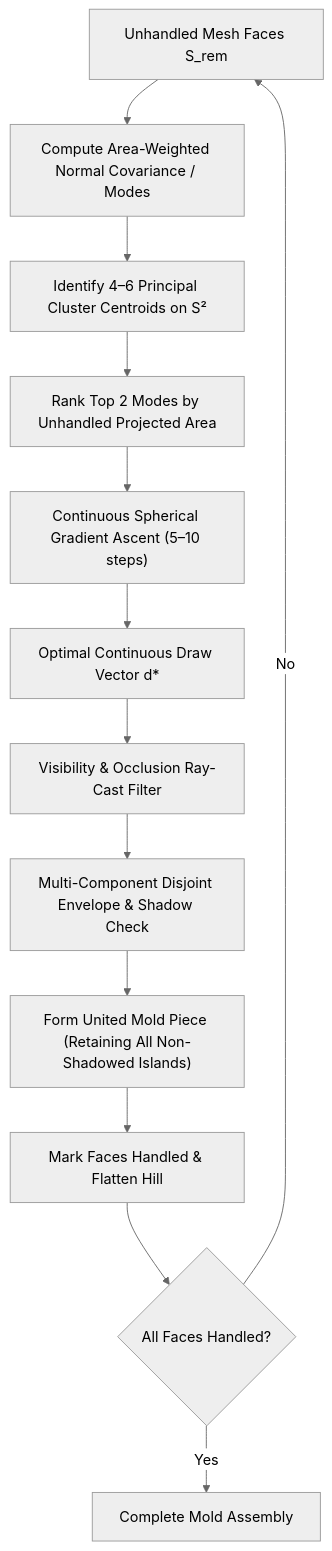
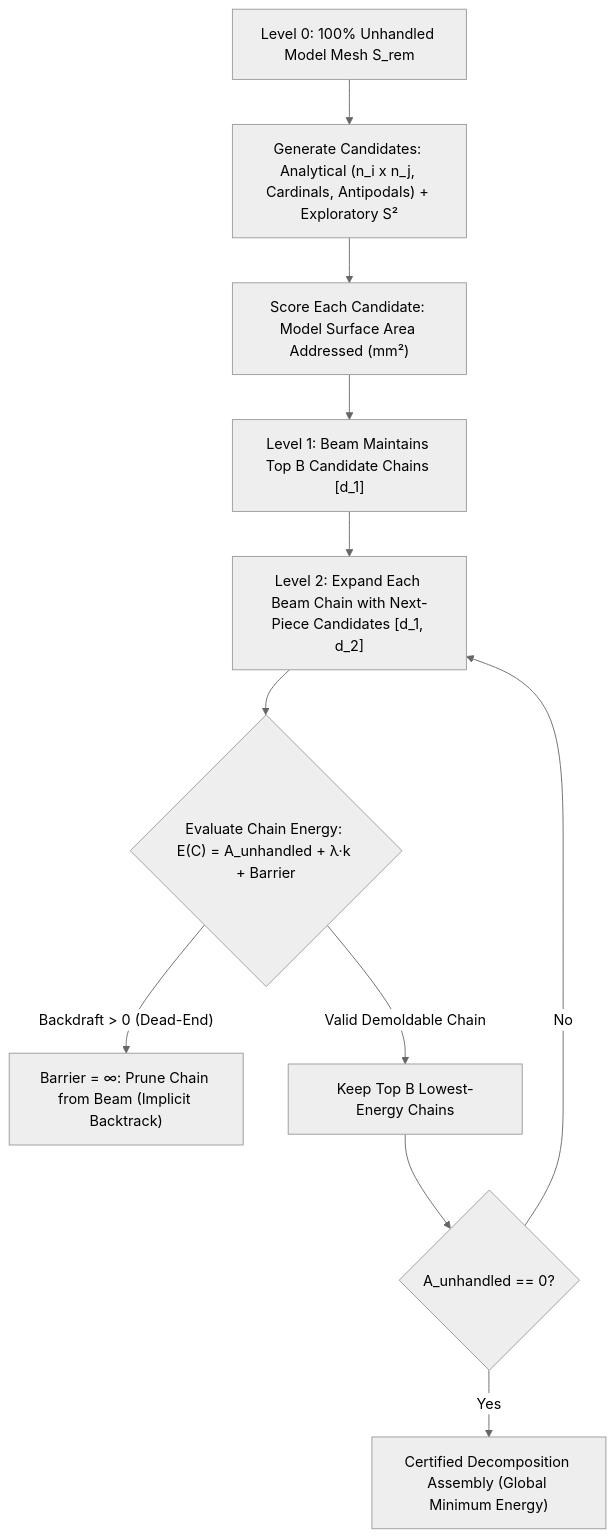
Before and after one commit to jotcad/jotcad: the diagram in docs/MOLD_DRAW_DIRECTION_OPTIMIZER_DESIGN.md, drawn with Mermaid (neutral theme). The commit also changed other lines of this file and 26 other files, not shown here.

Commit message:
feat(mold): implement harmonic minimal surface parting engine and modularize mold decomposition

````diff
--- a/docs/MOLD_DRAW_DIRECTION_OPTIMIZER_DESIGN.md
+++ b/docs/MOLD_DRAW_DIRECTION_OPTIMIZER_DESIGN.md
@@ -186,15 +190,13 @@
 ```mermaid
 graph TD
-    A["Unhandled Mesh Faces S_rem"] --> B["Compute Area-Weighted Normal Covariance / Modes"]
-    B --> C["Identify 4–6 Principal Cluster Centroids on S²"]
-    C --> D["Rank Top 2 Modes by Unhandled Projected Area"]
-    D --> E["Continuous Spherical Gradient Ascent (5–10 steps)"]
-    E --> F["Optimal Continuous Draw Vector d*"]
-    F --> G["Visibility & Occlusion Ray-Cast Filter"]
-    G --> H["Multi-Component Disjoint Envelope & Shadow Check"]
-    H --> I["Form United Mold Piece (Retaining All Non-Shadowed Islands)"]
-    I --> J["Mark Faces Handled & Flatten Hill"]
-    J --> K{"All Faces Handled?"}
-    K -- No --> A
-    K -- Yes --> L["Complete Mold Assembly"]
+    A["Level 0: 100% Unhandled Model Mesh S_rem"] --> B["Generate Candidates: Analytical (n_i x n_j, Cardinals, Antipodals) + Exploratory S²"]
+    B --> C["Score Each Candidate: Model Surface Area Addressed (mm²)"]
+    C --> D["Level 1: Beam Maintains Top B Candidate Chains [d_1]"]
+    D --> E["Level 2: Expand Each Beam Chain with Next-Piece Candidates [d_1, d_2]"]
+    E --> F{"Evaluate Chain Energy: E(C) = A_unhandled + λ·k + Barrier"}
+    F -- "Backdraft > 0 (Dead-End)" --> G["Barrier = ∞: Prune Chain from Beam (Implicit Backtrack)"]
+    F -- "Valid Demoldable Chain" --> H["Keep Top B Lowest-Energy Chains"]
+    H --> I{"A_unhandled == 0?"}
+    I -- Yes --> J["Certified Decomposition Assembly (Global Minimum Energy)"]
+    I -- No --> E
 ```
````
